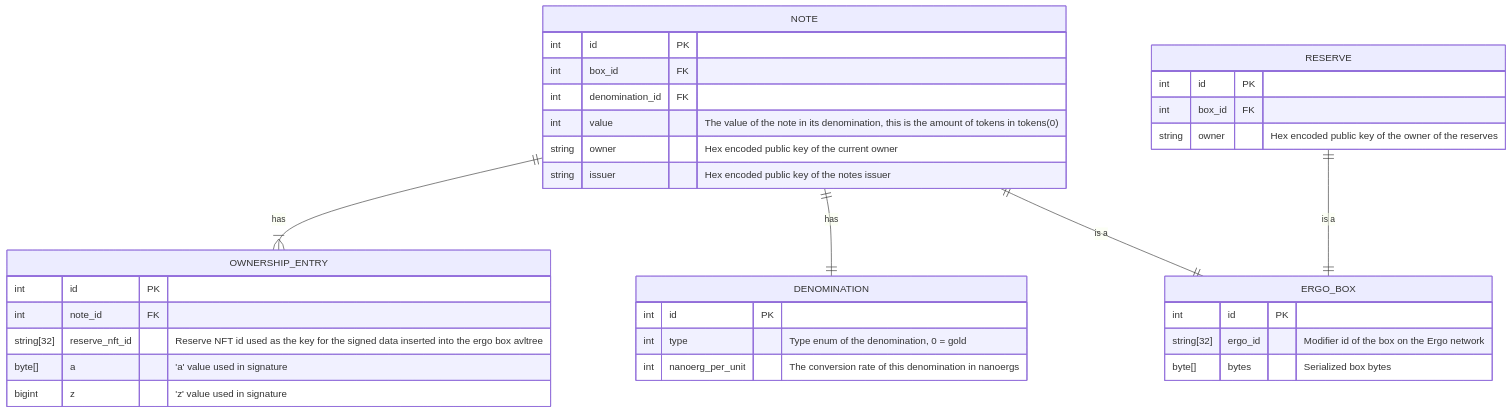
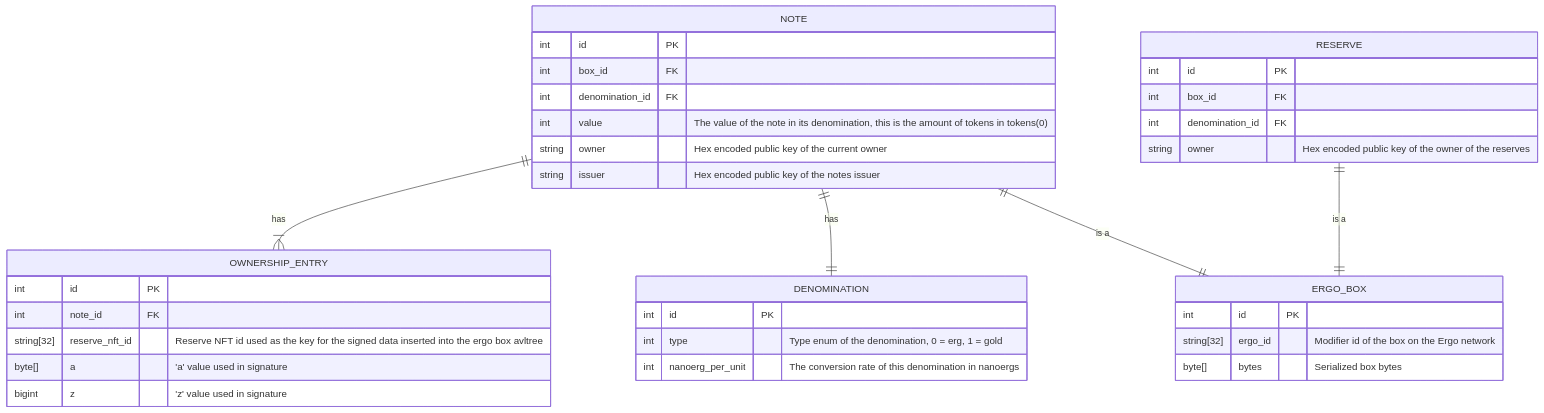
One commit to ChainCashLabs/chaincash-rs changed the diagram in docs/MODEL.md. Above: the diagram before and after it, drawn with Mermaid. The commit also changed 3 other files, not shown here.

````diff
--- a/docs/MODEL.md
+++ b/docs/MODEL.md
@@ -5,37 +5,38 @@
 ```mermaid
 erDiagram
     NOTE {
         int id PK
         int box_id FK
         int denomination_id FK
         int value "The value of the note in its denomination, this is the amount of tokens in tokens(0)"
         string owner "Hex encoded public key of the current owner"
         string issuer "Hex encoded public key of the notes issuer"
     }
     RESERVE {
         int id PK
         int box_id FK
+        int denomination_id FK
         string owner "Hex encoded public key of the owner of the reserves"
     }
     ERGO_BOX {
         int id PK
         string[32] ergo_id "Modifier id of the box on the Ergo network"
         byte[] bytes "Serialized box bytes"
     }
     OWNERSHIP_ENTRY {
         int id PK
         int note_id FK
         string[32] reserve_nft_id "Reserve NFT id used as the key for the signed data inserted into the ergo box avltree"
         byte[] a "'a' value used in signature"
         bigint z "'z' value used in signature"
     }
     DENOMINATION {
         int id PK
-        int type "Type enum of the denomination, 0 = gold"
+        int type "Type enum of the denomination, 0 = erg, 1 = gold"
         int nanoerg_per_unit "The conversion rate of this denomination in nanoergs"
     }
     NOTE ||--|{ OWNERSHIP_ENTRY : "has"
     NOTE ||--|| DENOMINATION : "has"
     NOTE ||--|| ERGO_BOX : "is a"
     RESERVE ||--|| ERGO_BOX : "is a"
 ```
````
